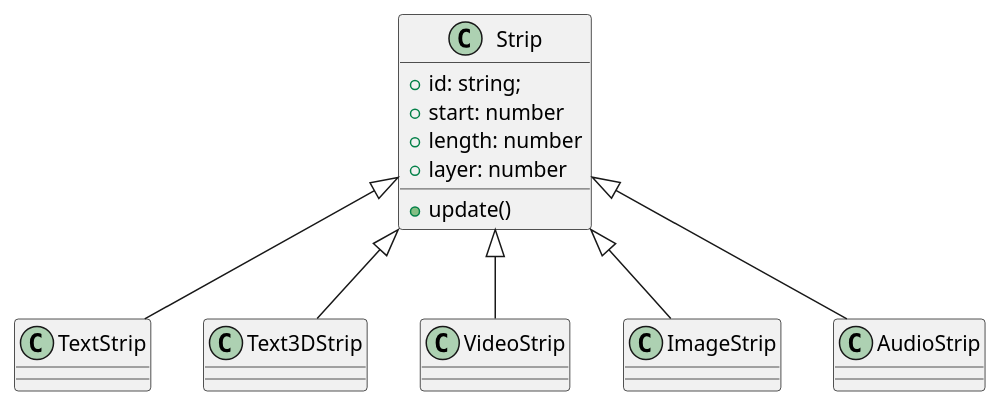
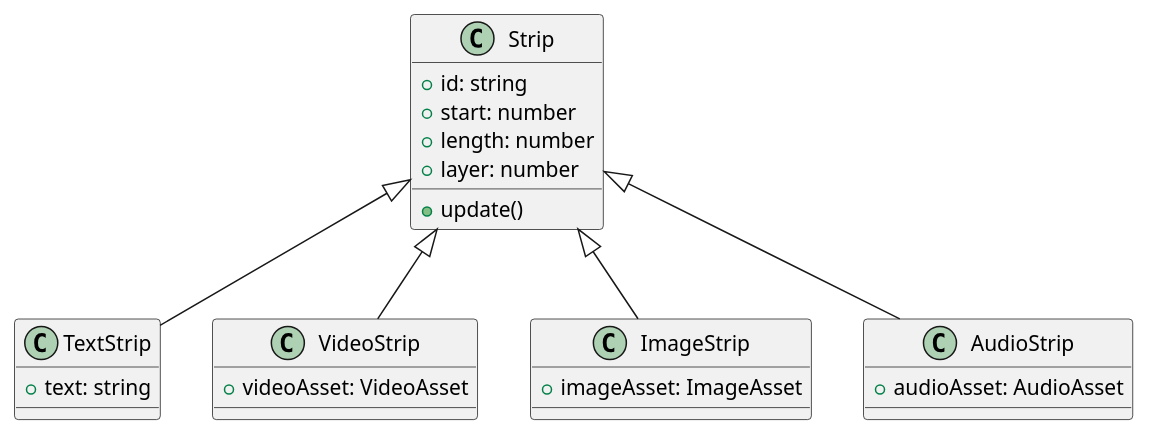
The diagram in src/renderer/static/docs/dev/diagrams/strip_class.plantuml (toshusai/Vega), drawn with PlantUML before and after one commit. The commit also changed 2 other files, not shown here.

Commit message:
Fix plantuml

```diff
--- a/src/renderer/static/docs/dev/diagrams/strip_class.plantuml
+++ b/src/renderer/static/docs/dev/diagrams/strip_class.plantuml
@@ -1,19 +1,28 @@
 @startuml
 class Strip{
-    +id: string;
+    +id: string
     +start: number
     +length: number
     +layer: number
     +update()
 }
-class TextStrip
-class Text3DStrip
-class VideoStrip
-class ImageStrip
-class AudioStrip
+class TextStrip{
+    +text: string
+}
+'class Text3DStrip
+class VideoStrip{
+    +videoAsset: VideoAsset
+}
+class ImageStrip{
+    +imageAsset: ImageAsset
+}
+class AudioStrip{
+    +audioAsset: AudioAsset
+}
+
 Strip <|-- TextStrip
-Strip <|-- Text3DStrip
+'Strip <|-- Text3DStrip
 Strip <|-- VideoStrip
 Strip <|-- ImageStrip
 Strip <|-- AudioStrip
 @enduml
```
